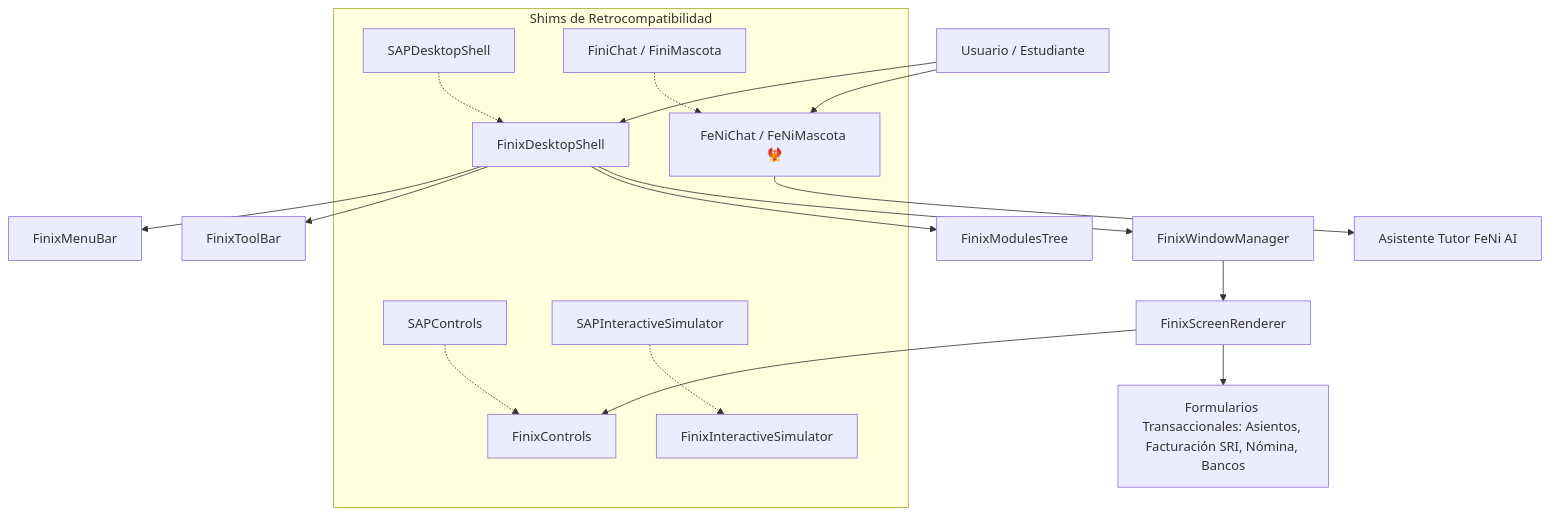
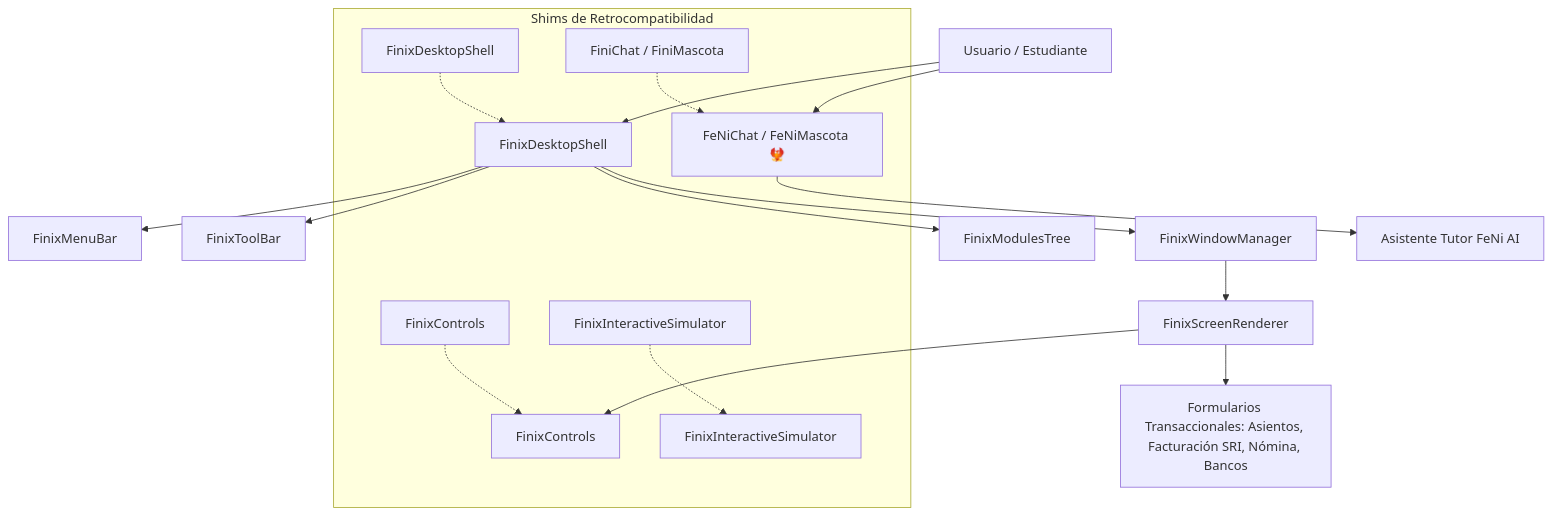
One commit to pablofgarciaf/B1-ACADEMY changed the diagram in docs/22_Finix_ERP_y_FeNi_AI_Architecture.md. Above: the diagram before and after it, drawn with Mermaid. The commit also changed other lines of this file and 4125 other files, not shown here.

````diff
--- a/docs/22_Finix_ERP_y_FeNi_AI_Architecture.md
+++ b/docs/22_Finix_ERP_y_FeNi_AI_Architecture.md
@@ -24,22 +22,22 @@
 ```mermaid
 graph TD
     A[Usuario / Estudiante] --> B[FinixDesktopShell]
     B --> C[FinixMenuBar]
     B --> D[FinixToolBar]
     B --> E[FinixModulesTree]
     B --> F[FinixWindowManager]
     
     F --> G[FinixScreenRenderer]
     G --> H[FinixControls]
     G --> I[Formularios Transaccionales: Asientos, Facturación SRI, Nómina, Bancos]
     
     A --> J[FeNiChat / FeNiMascota 🐦‍🔥]
     J --> K[Asistente Tutor FeNi AI]
     
     subgraph Shims de Retrocompatibilidad
-        L[SAPDesktopShell] -.-> B
+        L[FinixDesktopShell] -.-> B
         M[FiniChat / FiniMascota] -.-> J
-        N[SAPControls] -.-> H
-        O[SAPInteractiveSimulator] -.-> P[FinixInteractiveSimulator]
+        N[FinixControls] -.-> H
+        O[FinixInteractiveSimulator] -.-> P[FinixInteractiveSimulator]
     end
 ```
````
